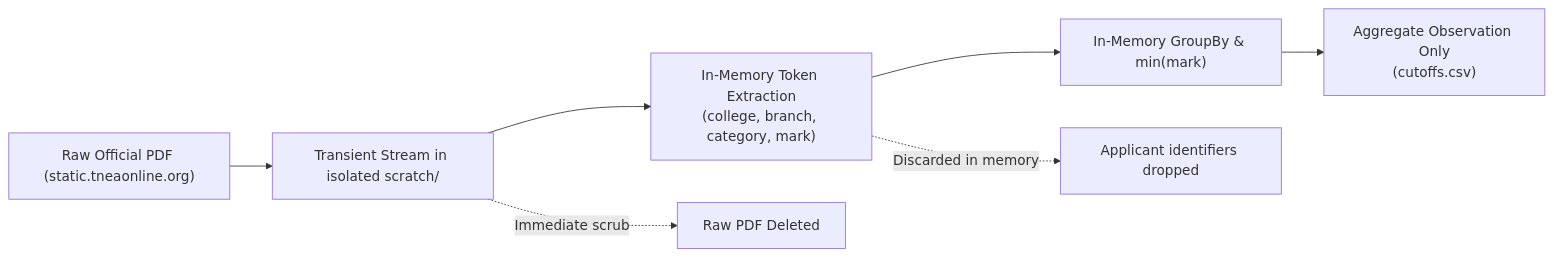
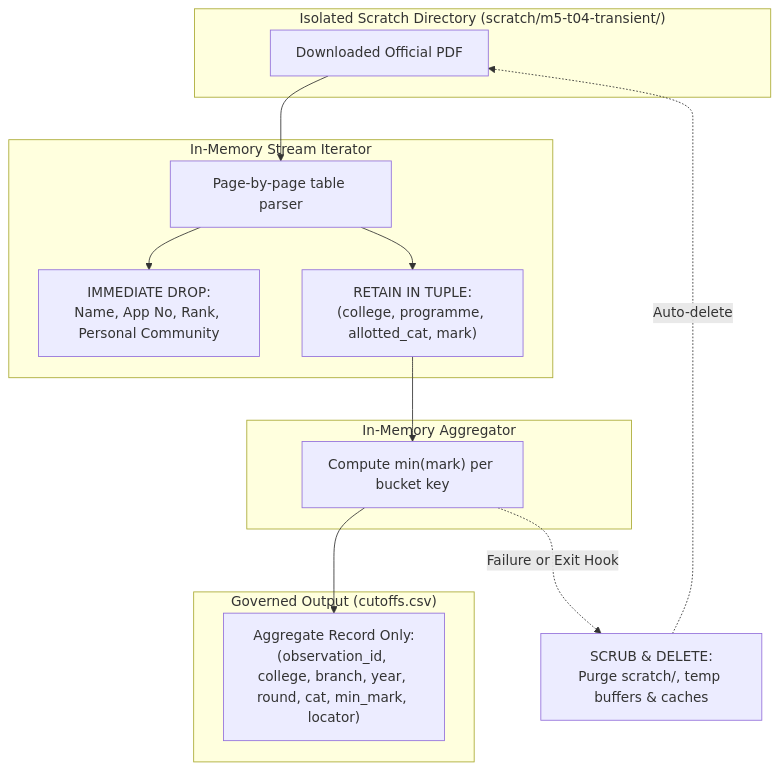
One commit to Ganesan797/tn-engineering-guidance changed the diagram in docs/planning/m5_derived_methodology_spec_v1.md. Above: the diagram before and after it, drawn with Mermaid. The commit also changed other lines of this file and 5 other files, not shown here.

````diff
--- a/docs/planning/m5_derived_methodology_spec_v1.md
+++ b/docs/planning/m5_derived_methodology_spec_v1.md
@@ -58,9 +103,28 @@
 ```mermaid
-flowchart LR
-    A["Raw Official PDF (static.tneaonline.org)"] --> B["Transient Stream in isolated scratch/"]
-    B --> C["In-Memory Token Extraction\n(college, branch, category, mark)"]
-    C --> D["In-Memory GroupBy & min(mark)"]
-    D --> E["Aggregate Observation Only\n(cutoffs.csv)"]
-    B -. Immediate scrub .-> F["Raw PDF Deleted"]
-    C -. Discarded in memory .-> G["Applicant identifiers dropped"]
+flowchart TD
+    subgraph Isolated Scratch ["Isolated Scratch Directory (scratch/m5-t04-transient/)"]
+        PDF["Downloaded Official PDF"]
+    end
+
+    subgraph Parser Stream ["In-Memory Stream Iterator"]
+        Stream["Page-by-page table parser"]
+        Drop["IMMEDIATE DROP:\nName, App No, Rank, Personal Community"]
+        Keep["RETAIN IN TUPLE:\n(college, programme, allotted_cat, mark)"]
+    end
+
+    subgraph Aggregation ["In-Memory Aggregator"]
+        Min["Compute min(mark) per bucket key"]
+    end
+
+    subgraph Persisted Artifact ["Governed Output (cutoffs.csv)"]
+        Output["Aggregate Record Only:\n(observation_id, college, branch, year, round, cat, min_mark, locator)"]
+    end
+
+    PDF --> Stream
+    Stream --> Drop
+    Stream --> Keep
+    Keep --> Min
+    Min --> Output
+    Min -. Failure or Exit Hook .-> Cleanup["SCRUB & DELETE:\nPurge scratch/, temp buffers & caches"]
+    Cleanup -. Auto-delete .-> PDF
 ```
````
